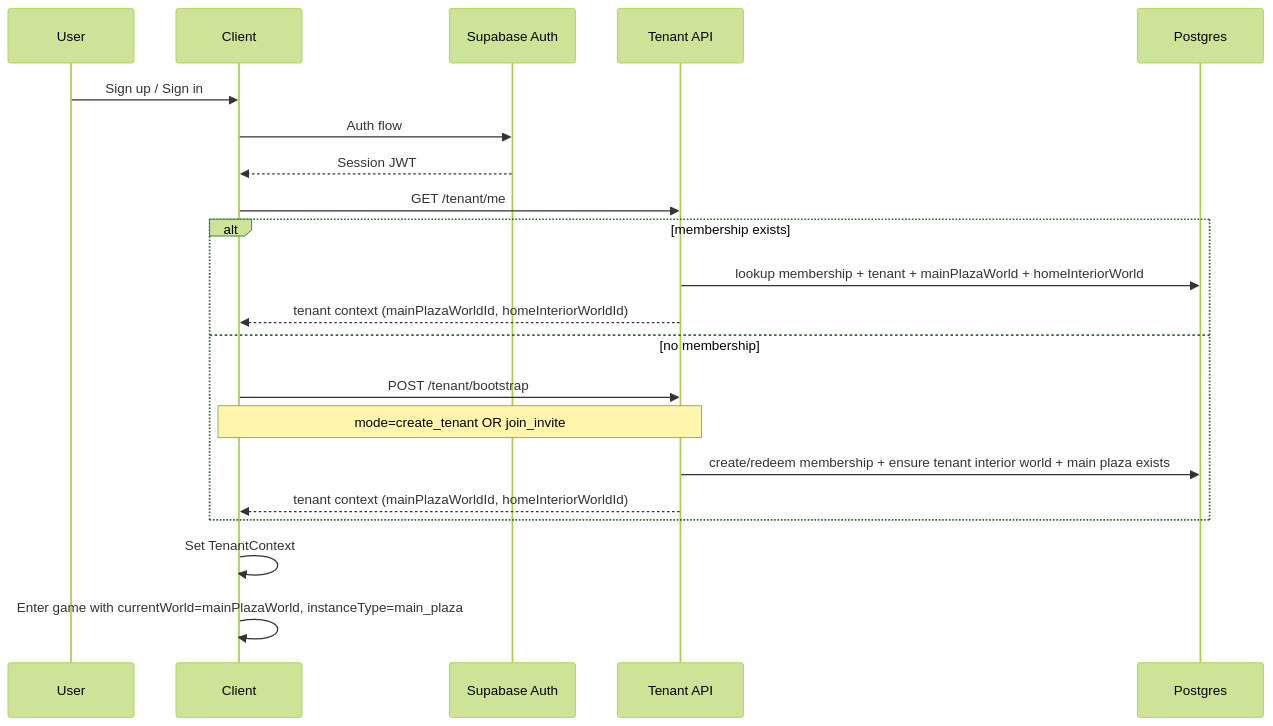
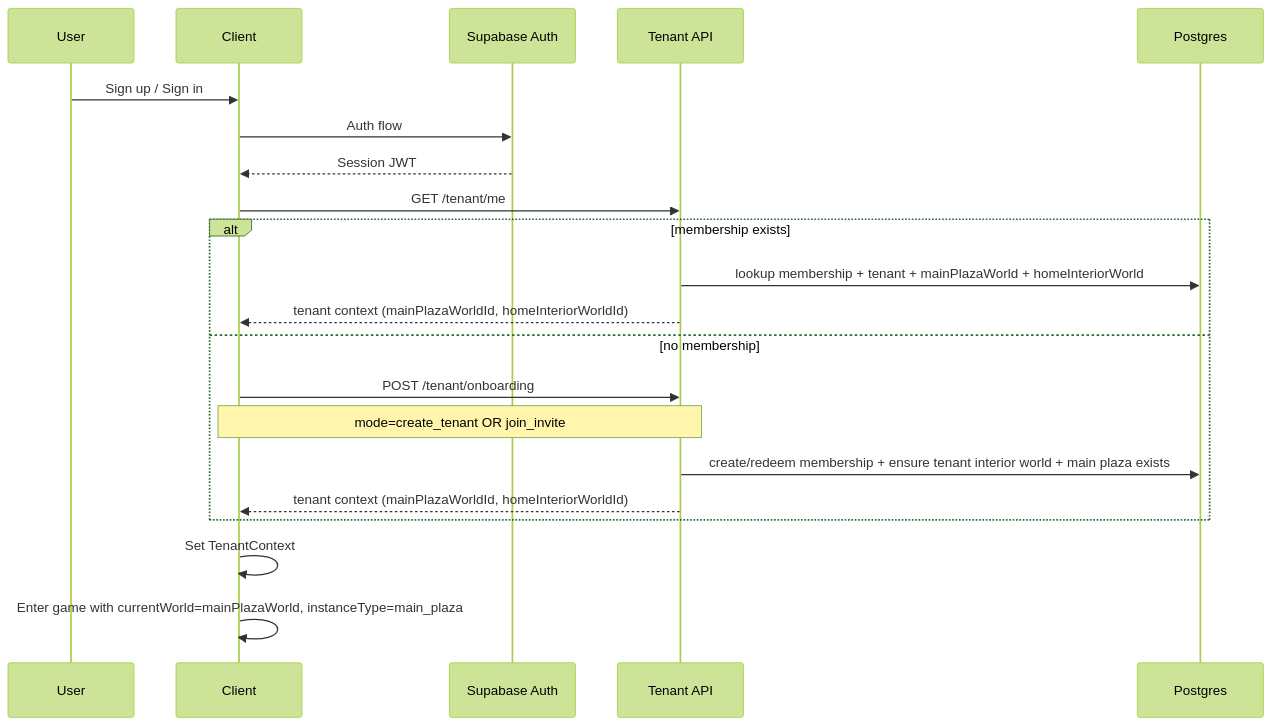
One commit to Catalystnick/Gather-poc changed the third of 8 diagrams in Specs/tenant-architecture-plan.md. Above: the diagram before and after it, drawn with Mermaid (forest theme). The commit also changed other lines of this file and 8 other files, not shown here.

````diff
--- a/Specs/tenant-architecture-plan.md
+++ b/Specs/tenant-architecture-plan.md
@@ -395,26 +398,26 @@
 ```mermaid
 sequenceDiagram
   participant U as User
   participant C as Client
   participant SA as Supabase Auth
   participant API as Tenant API
   participant DB as Postgres
 
   U->>C: Sign up / Sign in
   C->>SA: Auth flow
   SA-->>C: Session JWT
   C->>API: GET /tenant/me
 
   alt membership exists
     API->>DB: lookup membership + tenant + mainPlazaWorld + homeInteriorWorld
     API-->>C: tenant context (mainPlazaWorldId, homeInteriorWorldId)
   else no membership
-    C->>API: POST /tenant/bootstrap
+    C->>API: POST /tenant/onboarding
     Note over C,API: mode=create_tenant OR join_invite
     API->>DB: create/redeem membership + ensure tenant interior world + main plaza exists
     API-->>C: tenant context (mainPlazaWorldId, homeInteriorWorldId)
   end
 
   C->>C: Set TenantContext
   C->>C: Enter game with currentWorld=mainPlazaWorld, instanceType=main_plaza
 ```
````
